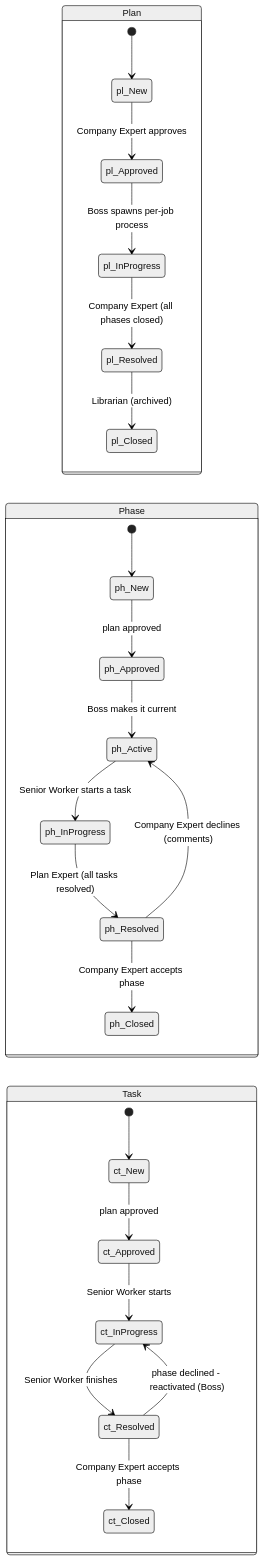
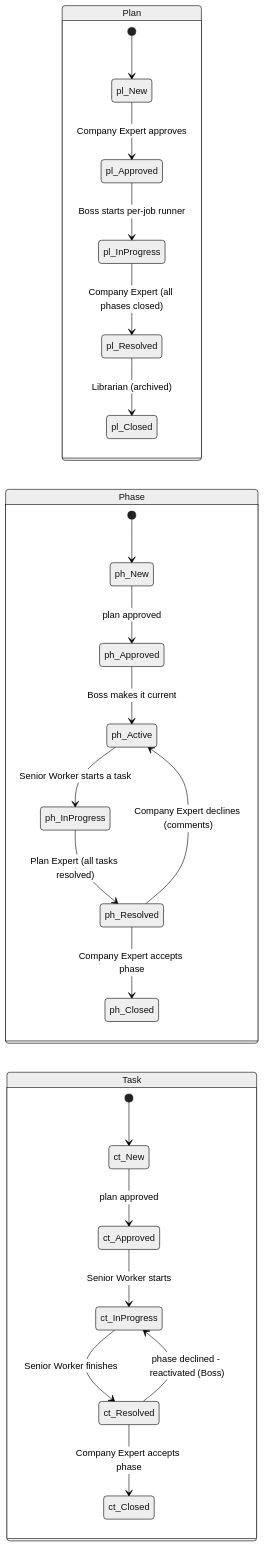
One commit to AbelHu/ai-research changed the fifth of 11 diagrams in docs/design-spec.md. Above: the diagram before and after it, drawn with Mermaid (neutral theme). The commit also changed other lines of this file and 2 other files, not shown here.

Commit message:
do not use process for job

````diff
--- a/docs/design-spec.md
+++ b/docs/design-spec.md
@@ -390,28 +392,28 @@
 ```mermaid
 stateDiagram-v2
   direction LR
   state "Plan" as PL {
     [*] --> pl_New
     pl_New --> pl_Approved: Company Expert approves
-    pl_Approved --> pl_InProgress: Boss spawns per-job process
+    pl_Approved --> pl_InProgress: Boss starts per-job runner
     pl_InProgress --> pl_Resolved: Company Expert (all phases closed)
     pl_Resolved --> pl_Closed: Librarian (archived)
   }
   state "Phase" as PH {
     [*] --> ph_New
     ph_New --> ph_Approved: plan approved
     ph_Approved --> ph_Active: Boss makes it current
     ph_Active --> ph_InProgress: Senior Worker starts a task
     ph_InProgress --> ph_Resolved: Plan Expert (all tasks resolved)
     ph_Resolved --> ph_Active: Company Expert declines (comments)
     ph_Resolved --> ph_Closed: Company Expert accepts phase
   }
   state "Task" as CT {
     [*] --> ct_New
     ct_New --> ct_Approved: plan approved
     ct_Approved --> ct_InProgress: Senior Worker starts
     ct_InProgress --> ct_Resolved: Senior Worker finishes
     ct_Resolved --> ct_InProgress: phase declined - reactivated (Boss)
     ct_Resolved --> ct_Closed: Company Expert accepts phase
   }
 ```
````
